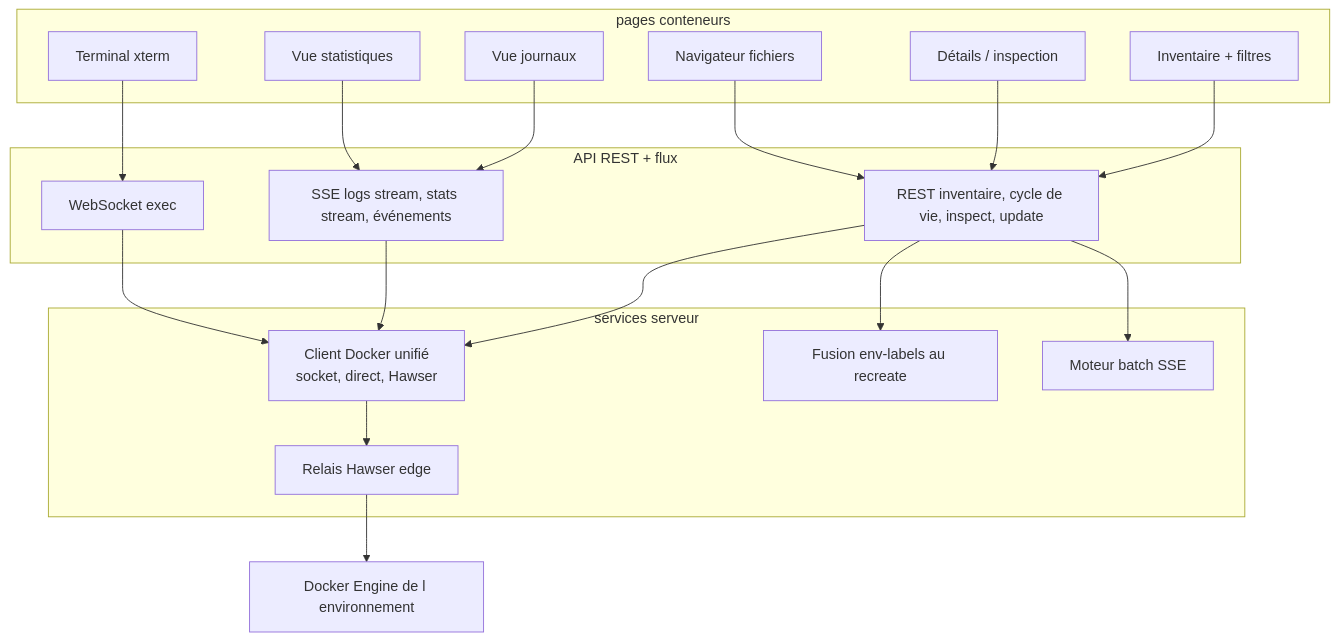
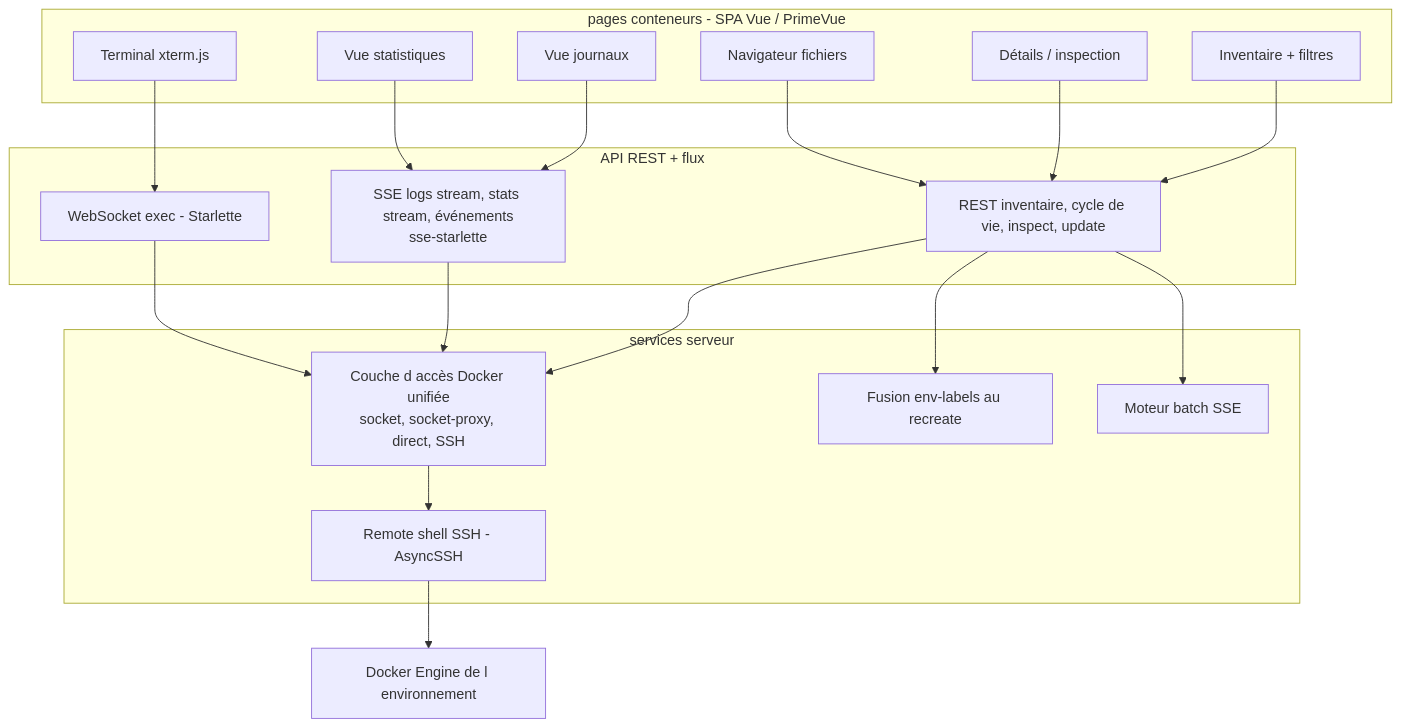
One commit to stefapi/windflow changed the first of 3 diagrams in docs/spec_dockhand_reference/05-conteneurs.md. Above: the diagram before and after it, drawn with Mermaid. The commit also changed other lines of this file and 15 other files, not shown here.

````diff
--- a/docs/spec_dockhand_reference/05-conteneurs.md
+++ b/docs/spec_dockhand_reference/05-conteneurs.md
@@ -43,40 +39,40 @@
 ```mermaid
 flowchart TB
-    subgraph UI[ pages conteneurs ]
+    subgraph UI[ pages conteneurs - SPA Vue / PrimeVue ]
         LISTE[Inventaire + filtres]
         DETAIL[Détails / inspection]
         LOGS[Vue journaux]
-        TERM[Terminal xterm]
+        TERM[Terminal xterm.js]
         FICHIERS[Navigateur fichiers]
         STATS[Vue statistiques]
     end
 
     subgraph API[ API REST + flux ]
         REST[REST inventaire, cycle de vie, inspect, update]
-        SSE[SSE logs stream, stats stream, événements]
-        WS[WebSocket exec]
+        SSE[SSE logs stream, stats stream, événements<br/>sse-starlette]
+        WS[WebSocket exec - Starlette]
     end
 
     subgraph SERV[ services serveur ]
-        DOCK[Client Docker unifié<br/>socket, direct, Hawser]
+        DOCK[Couche d accès Docker unifiée<br/>socket, socket-proxy, direct, SSH]
         MERGE[Fusion env-labels au recreate]
         BATCH[Moteur batch SSE]
-        HAW[Relais Hawser edge]
+        SSH[Remote shell SSH - AsyncSSH]
     end
 
     DOCKER[Docker Engine de l environnement]
 
     LISTE --> REST
     DETAIL --> REST
     LOGS --> SSE
     STATS --> SSE
     TERM --> WS
     FICHIERS --> REST
     REST --> DOCK
     SSE --> DOCK
     WS --> DOCK
-    DOCK --> HAW
+    DOCK --> SSH
     REST --> MERGE
     REST --> BATCH
-    HAW --> DOCKER
+    SSH --> DOCKER
 ```
````
